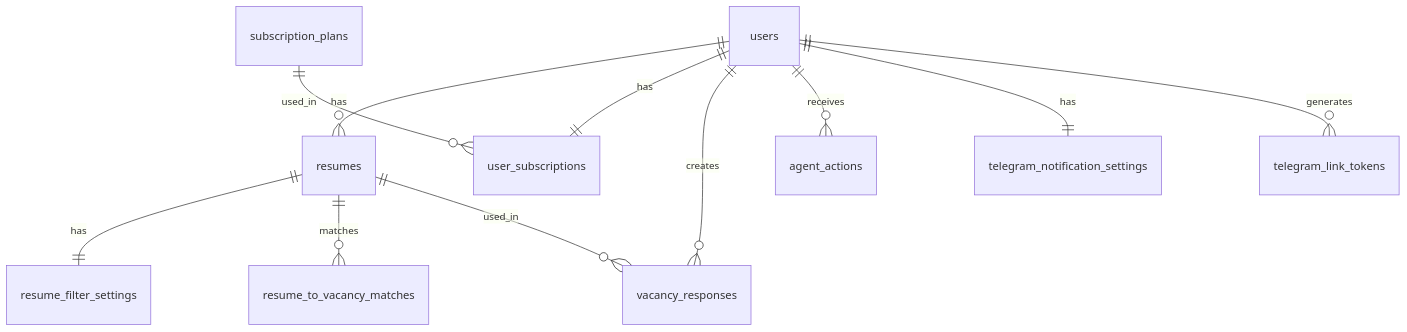
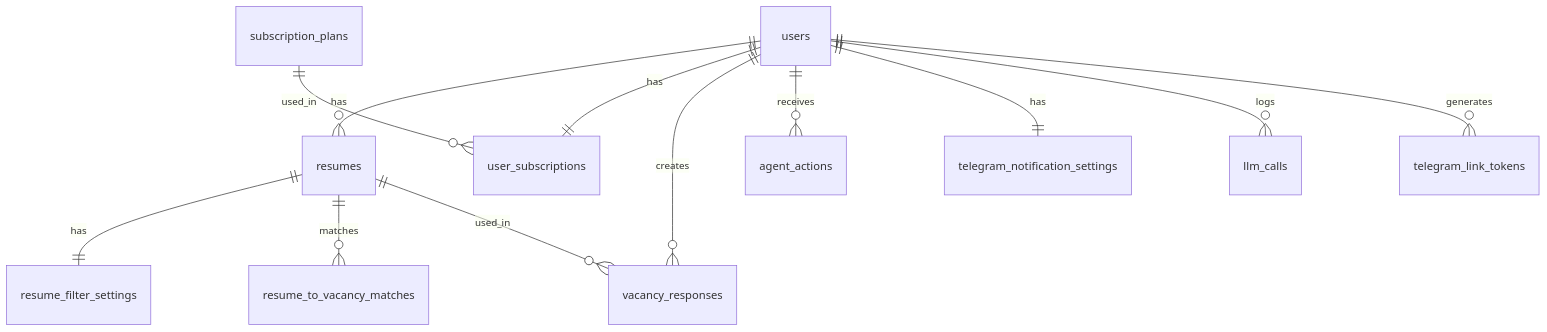
The diagram in docs/architecture/database-schema.md (cheboxarov/ez-job), drawn with Mermaid before and after one commit. The commit also changed other lines of this file and 150 other files, not shown here.

````diff
--- a/docs/architecture/database-schema.md
+++ b/docs/architecture/database-schema.md
@@ -185,16 +216,17 @@
 ```mermaid
 erDiagram
     users ||--o{ resumes : has
     users ||--|| user_subscriptions : has
     users ||--o{ vacancy_responses : creates
     users ||--o{ agent_actions : receives
     users ||--|| telegram_notification_settings : has
+    users ||--o{ llm_calls : logs
     
     resumes ||--|| resume_filter_settings : has
     resumes ||--o{ resume_to_vacancy_matches : matches
     resumes ||--o{ vacancy_responses : used_in
     
     subscription_plans ||--o{ user_subscriptions : used_in
     
     users ||--o{ telegram_link_tokens : generates
 ```
````
